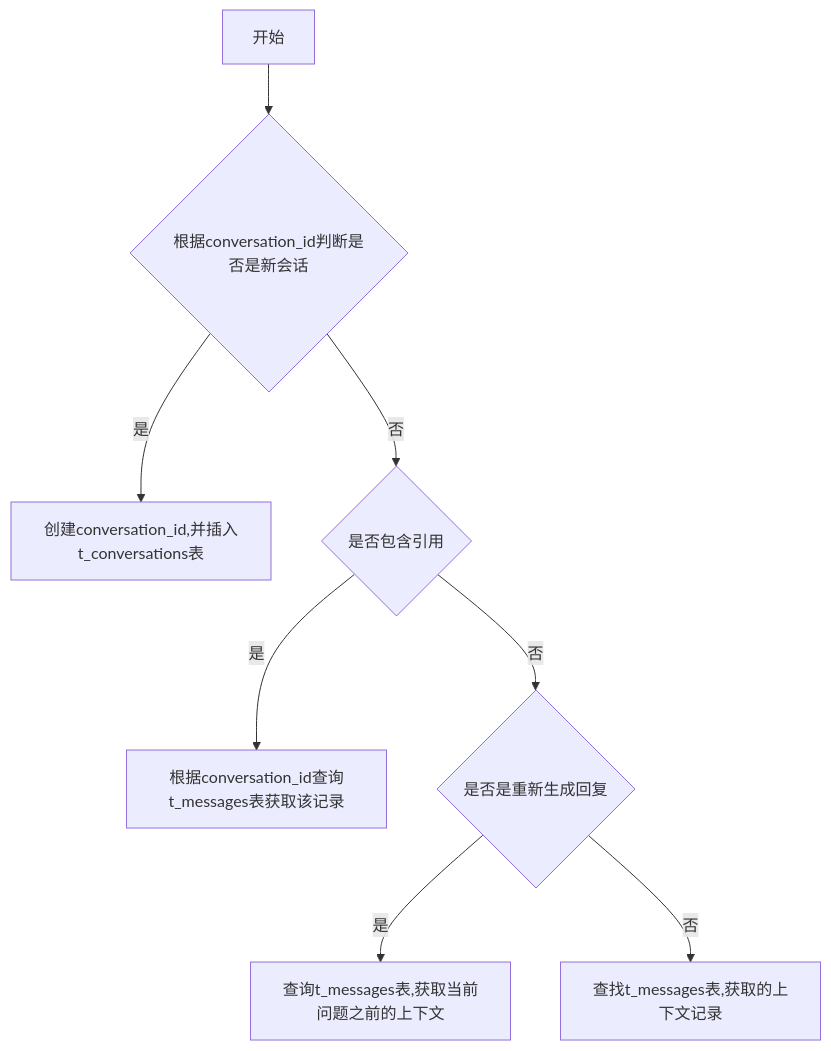
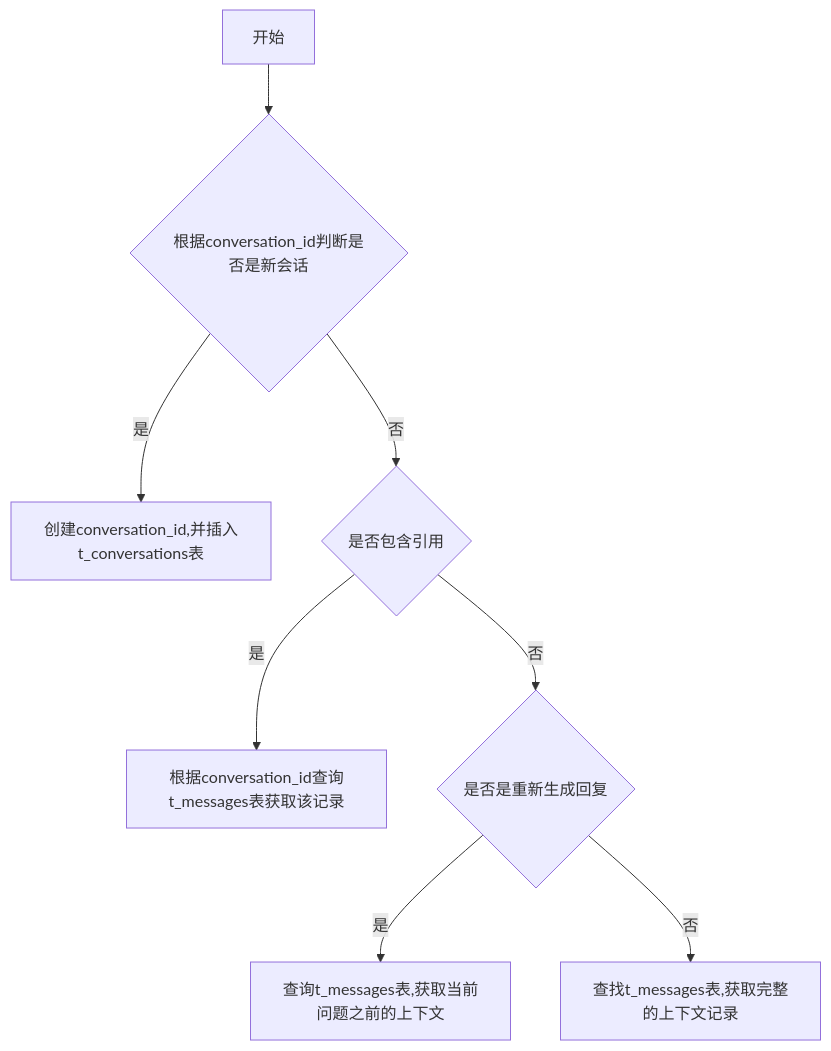
One commit to yingjianzh/iodraw-files changed the diagram in all/未命名-7.md. Above: the diagram before and after it, drawn with Mermaid.

Commit message:
2024-10-12 14:24:18 update

````diff
--- a/all/未命名-7.md
+++ b/all/未命名-7.md
@@ -1,12 +1,13 @@
 ```mermaid
 flowchart TD
     A[开始] --> B{根据conversation_id判断是否是新会话}
     B -- 是 --> C[创建conversation_id,并插入t_conversations表]
     B -- 否 --> D{是否包含引用}
     D -- 是 --> E[根据conversation_id查询t_messages表获取该记录]
     D -- 否 --> F{是否是重新生成回复}
     F -- 是 --> G[查询t_messages表,获取当前问题之前的上下文]
-    F -- 否 --> H[查找t_messages表,获取的上下文记录]
+    F -- 否 --> H[查找t_messages表,获取完整的上下文记录]
+    
 
 
 ```
````
